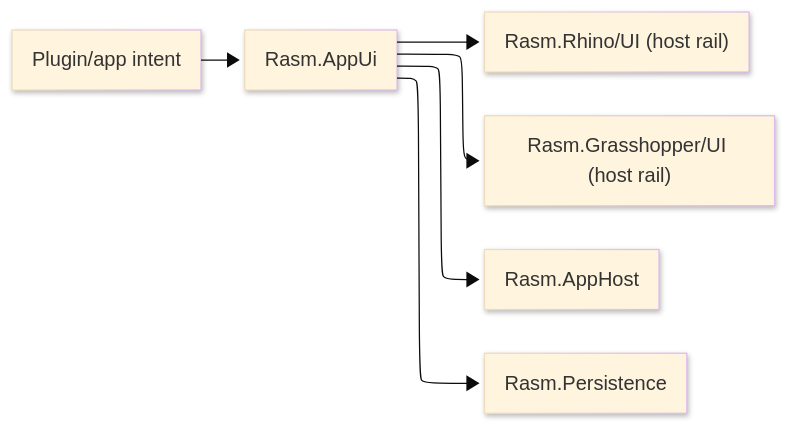
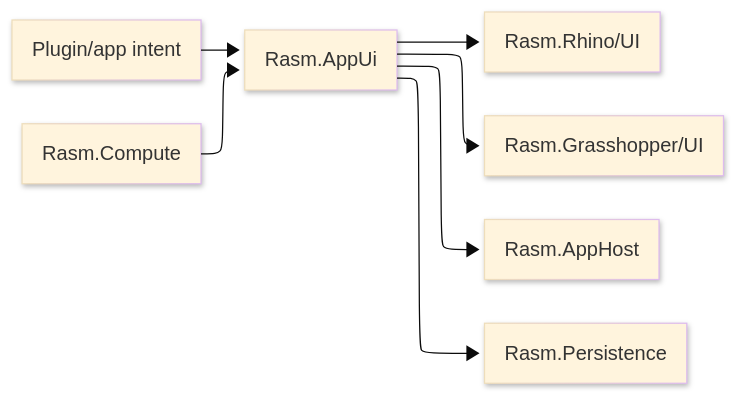
Before and after one commit to bsamiee/Rasm: the diagram in libs/csharp/Rasm.AppUi/ARCHITECTURE.md, drawn with Mermaid. The commit also changed other lines of this file and 14 other files, not shown here.

````diff
--- a/libs/csharp/Rasm.AppUi/ARCHITECTURE.md
+++ b/libs/csharp/Rasm.AppUi/ARCHITECTURE.md
@@ -7,20 +7,21 @@
 ```mermaid
 ---
 config:
   layout: elk
   look: neo
   theme: base
   elk:
     mergeEdges: false
     nodePlacementStrategy: BRANDES_KOEPF
     cycleBreakingStrategy: GREEDY_MODEL_ORDER
 ---
 flowchart LR
-    accTitle: Rasm AppUi product UI boundary
-    accDescr: Product and plugin intent enters Rasm AppUi, which delegates host UI behavior to Rhino and Grasshopper rails while routing runtime and durable-state work through AppHost and Persistence.
+    accTitle: Rasm AppUi product UI engine
+    accDescr: Product intent enters AppUi, which owns retained UI composition and delegates host behavior to Rhino and Grasshopper while observing AppHost, Persistence, and Compute.
     Product["Plugin/app intent"] --> AppUi["Rasm.AppUi"]
-    AppUi --> RhinoUi["Rasm.Rhino/UI (host rail)"]
-    AppUi --> GhUi["Rasm.Grasshopper/UI (host rail)"]
+    AppUi --> RhinoUi["Rasm.Rhino/UI"]
+    AppUi --> GhUi["Rasm.Grasshopper/UI"]
     AppUi --> Host["Rasm.AppHost"]
     AppUi --> Store["Rasm.Persistence"]
+    Compute["Rasm.Compute"] --> AppUi
 ```
````
